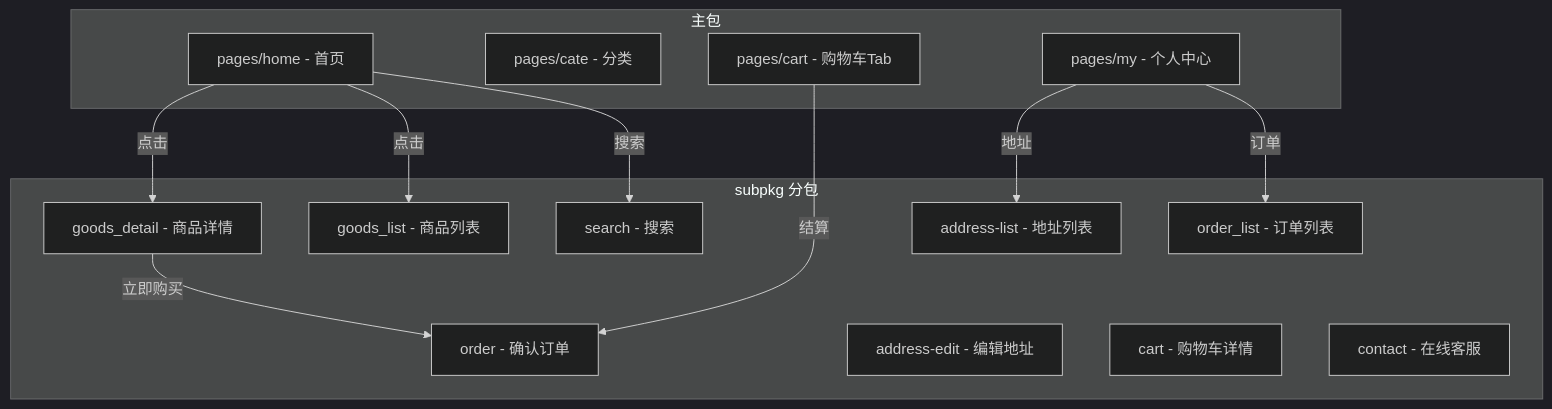
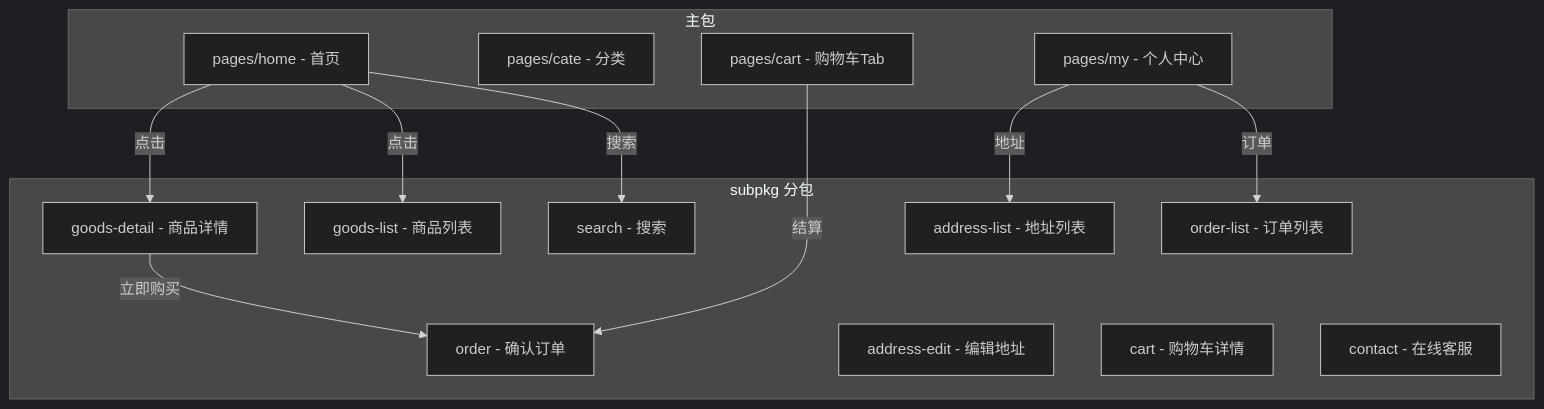
The first of 3 diagrams in README.md (MrYangMrYangMrYang/uni_shop), drawn with Mermaid (dark theme) before and after one commit. The commit also changed other lines of this file and 90 other files, not shown here.

````diff
--- a/README.md
+++ b/README.md
@@ -184,27 +188,27 @@
 ```mermaid
 graph TB
     subgraph 主包
         A[pages/home - 首页]
         B[pages/cate - 分类]
         C[pages/cart - 购物车Tab]
         D[pages/my - 个人中心]
     end
     subgraph subpkg 分包
-        E[goods_detail - 商品详情]
-        F[goods_list - 商品列表]
+        E[goods-detail - 商品详情]
+        F[goods-list - 商品列表]
         G[search - 搜索]
         H[order - 确认订单]
-        I[order_list - 订单列表]
+        I[order-list - 订单列表]
         J[address-list - 地址列表]
         K[address-edit - 编辑地址]
         L[cart - 购物车详情]
         M[contact - 在线客服]
     end
     A -->|点击| E
     A -->|点击| F
     A -->|搜索| G
     C -->|结算| H
     D -->|地址| J
     D -->|订单| I
     E -->|立即购买| H
 ```
````
